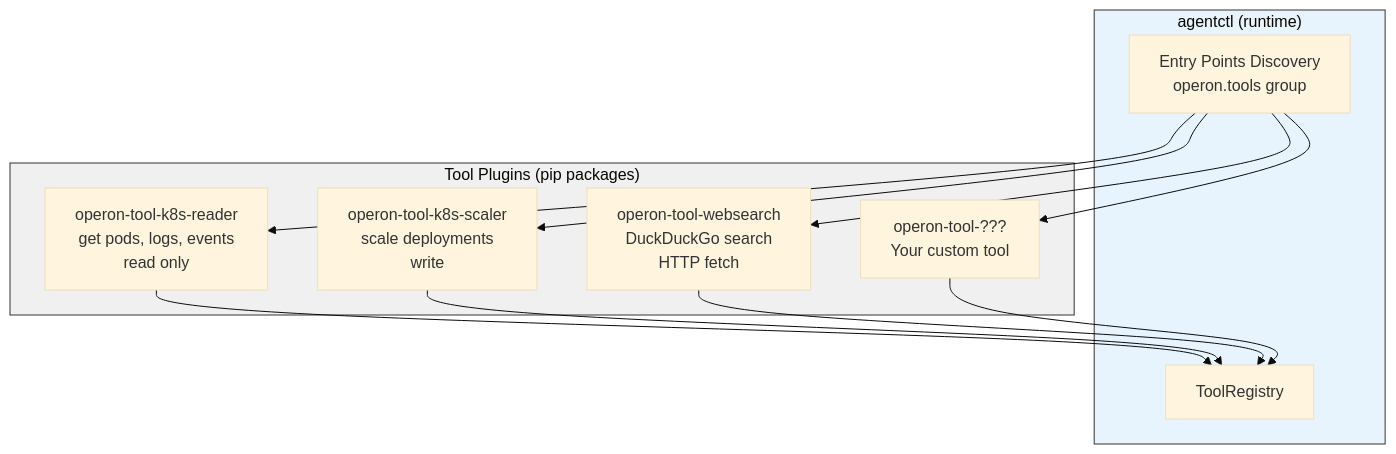
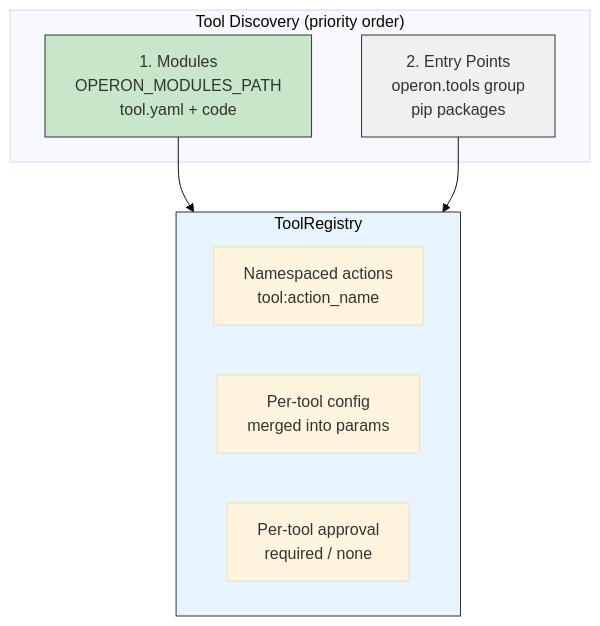
One commit to jangel97/operon changed the fourth of 6 diagrams in docs/architecture.md. Above: the diagram before and after it, drawn with Mermaid (base theme). The commit also changed other lines of this file and 7 other files, not shown here.

````diff
--- a/docs/architecture.md
+++ b/docs/architecture.md
@@ -120,26 +214,20 @@
 ```mermaid
 flowchart TD
-    subgraph AGENTCTL ["agentctl (runtime)"]
-        REGISTRY2["ToolRegistry"]
-        EP["Entry Points Discovery\noperon.tools group"]
+    subgraph DISCOVERY ["Tool Discovery (priority order)"]
+        MODULES["1. Modules\nOPERON_MODULES_PATH\ntool.yaml + code"]
+        EP["2. Entry Points\noperon.tools group\npip packages"]
     end
 
-    subgraph PLUGINS ["Tool Plugins (pip packages)"]
-        K8S_READ["operon-tool-k8s-reader\nget pods, logs, events\nread only"]
-        K8S_SCALE["operon-tool-k8s-scaler\nscale deployments\nwrite"]
-        WEBSEARCH["operon-tool-websearch\nDuckDuckGo search\nHTTP fetch"]
-        CUSTOM["operon-tool-???\nYour custom tool"]
+    subgraph REGISTRY ["ToolRegistry"]
+        ACTIONS["Namespaced actions\ntool:action_name"]
+        CONFIG["Per-tool config\nmerged into params"]
+        APPROVAL["Per-tool approval\nrequired / none"]
     end
 
-    EP --> K8S_READ
-    EP --> K8S_SCALE
-    EP --> WEBSEARCH
-    EP --> CUSTOM
-    K8S_READ --> REGISTRY2
-    K8S_SCALE --> REGISTRY2
-    WEBSEARCH --> REGISTRY2
-    CUSTOM --> REGISTRY2
+    MODULES --> REGISTRY
+    EP --> REGISTRY
 
-    style AGENTCTL fill:#e8f4fd,stroke:#333
-    style PLUGINS fill:#f0f0f0,stroke:#333
+    style MODULES fill:#c8e6c9,stroke:#333
+    style EP fill:#f0f0f0,stroke:#333
+    style REGISTRY fill:#e8f4fd,stroke:#333
 ```
````
